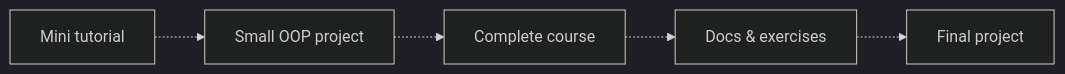
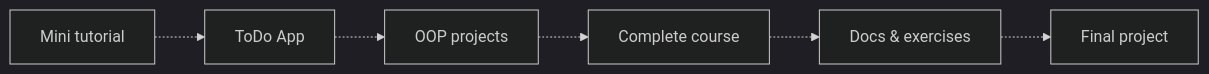
One commit to milanpanin/half_hour_per_day changed the diagram in README.md. Above: the diagram before and after it, drawn with Mermaid (dark theme). The commit also changed other lines of this file, not shown here.

````diff
--- a/README.md
+++ b/README.md
@@ -5,7 +5,8 @@
 ```mermaid
 graph LR;
     A[Mini tutorial] -.-> B[Small OOP project];
-    B[Small OOP project] -.-> C[Complete course];
-    C[Complete course] -.-> D[Docs & exercises];
-    D[Docs & exercises] -.-> E[Final project];
+    B[ToDo App] -.-> C[OOP projects];
+    C[OOP projects] -.-> D[Complete course];
+    D[Complete course] -.-> E[Docs & exercises];
+    E[Docs & exercises] -.-> F[Final project];
 ```
````
